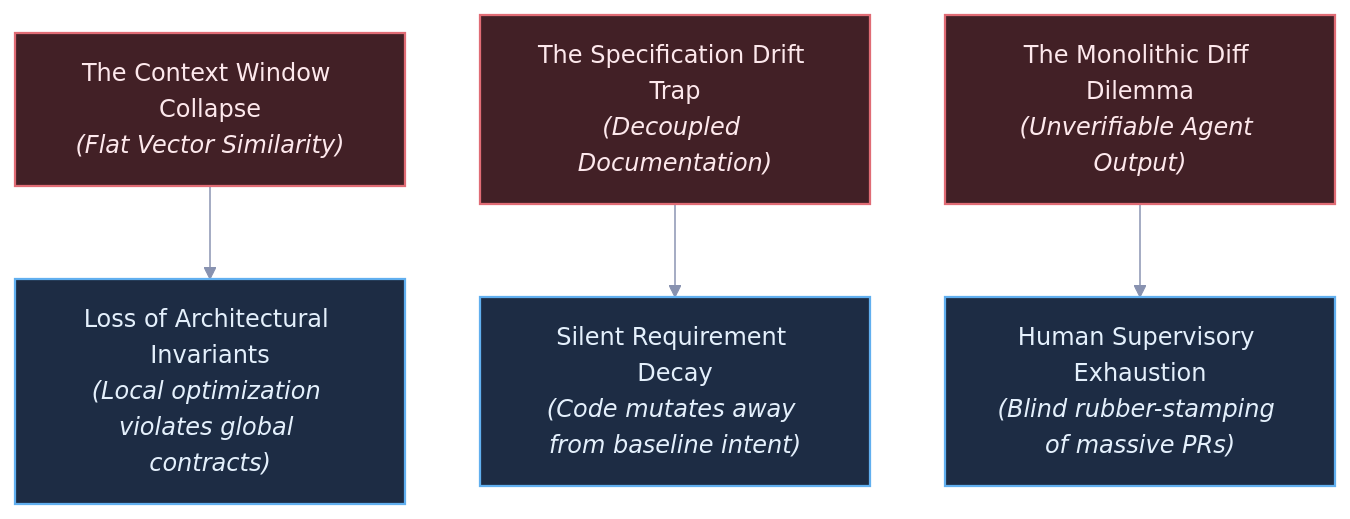
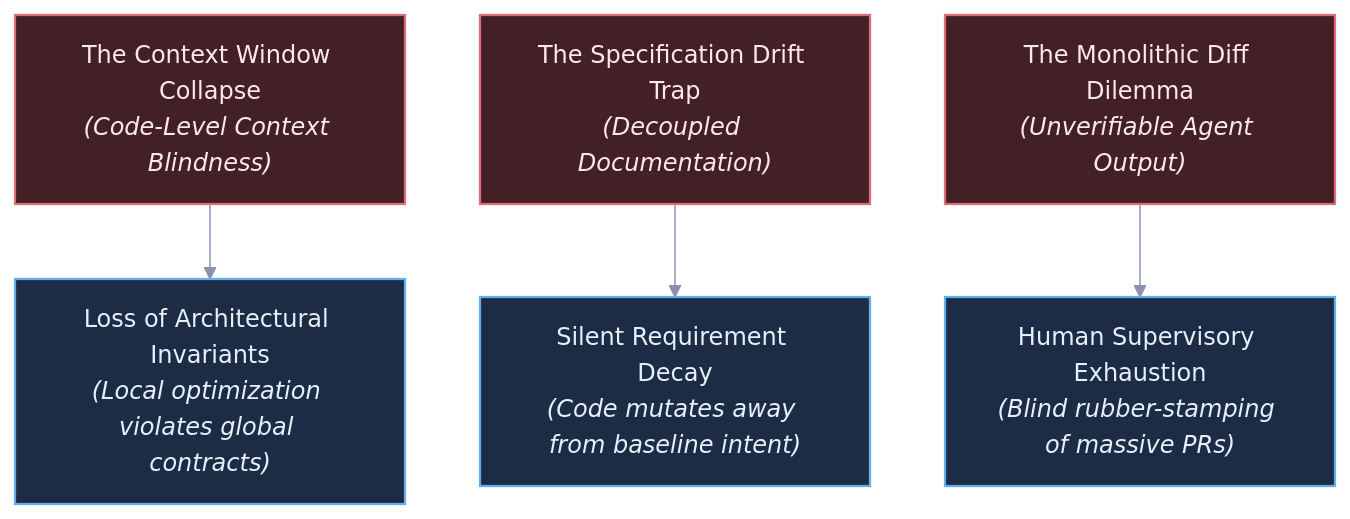
Before and after one commit to Shapedsundew9/tks: the first of 4 diagrams in docs/vision/vision.md, drawn with Mermaid. The commit also changed other lines of this file and 2 other files, not shown here.

````diff
--- a/docs/vision/vision.md
+++ b/docs/vision/vision.md
@@ -9,36 +9,36 @@
 ```mermaid
 %%{init: {
   'theme': 'base',
   'themeVariables': {
     'darkMode': true,
     'background': '#161922',
     'mainBkg': '#1e2230',
     'nodeBorder': '#434c5e',
     'textColor': '#e2e8f0',
     'fontFamily': 'ui-sans-serif, system-ui, sans-serif',
     'lineColor': '#8892b0',
     'primaryColor': '#422026',
     'primaryBorderColor': '#e06c75',
     'secondaryColor': '#1b3528',
     'secondaryBorderColor': '#73c991',
     'tertiaryColor': '#1d2c44',
     'tertiaryBorderColor': '#61afef'
   }
 }}%%
 flowchart TD
     classDef failure fill:#422026,stroke:#e06c75,stroke-width:1.5px,color:#fde8ec;
     classDef consequence fill:#1d2c44,stroke:#61afef,stroke-width:1.5px,color:#e4f0fc;
 
-    F1["The Context Window Collapse<br/><i>(Flat Vector Similarity)</i>"]:::failure
+    F1["The Context Window Collapse<br/><i>(Code-Level Context Blindness)</i>"]:::failure
     F2["The Specification Drift Trap<br/><i>(Decoupled Documentation)</i>"]:::failure
     F3["The Monolithic Diff Dilemma<br/><i>(Unverifiable Agent Output)</i>"]:::failure
 
     C1["Loss of Architectural Invariants<br/><i>(Local optimization violates global contracts)</i>"]:::consequence
     C2["Silent Requirement Decay<br/><i>(Code mutates away from baseline intent)</i>"]:::consequence
     C3["Human Supervisory Exhaustion<br/><i>(Blind rubber-stamping of massive PRs)</i>"]:::consequence
 
     F1 --> C1
     F2 --> C2
     F3 --> C3
 
 ```
````
